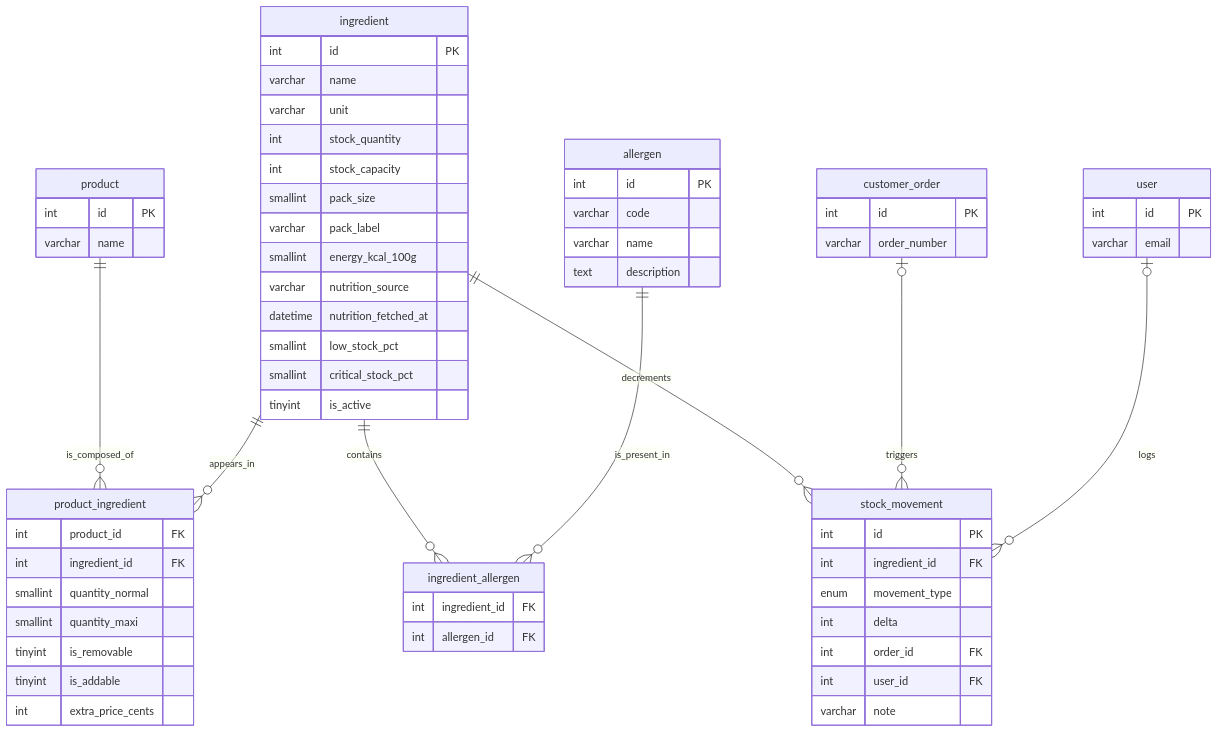
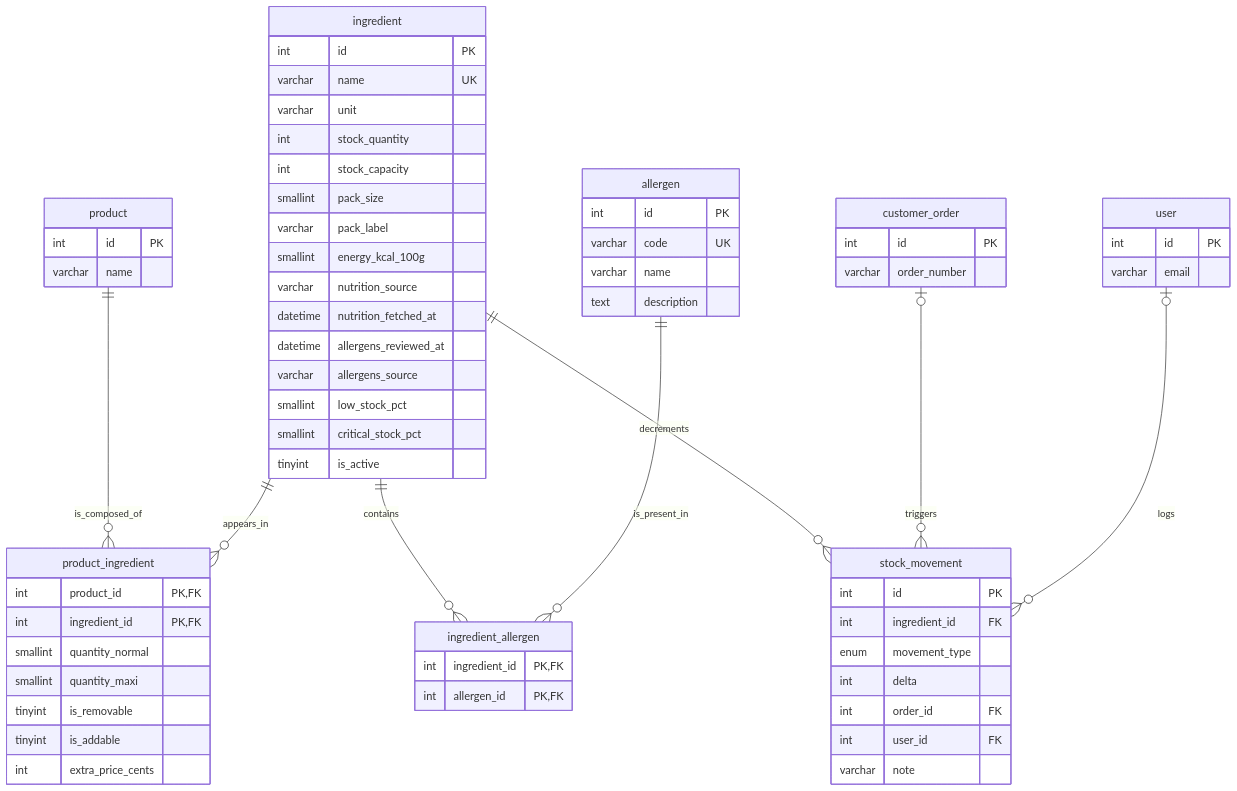
Before and after one commit to AcadeNice/wakdo_corentin: the second of 4 diagrams in docs/merise/mcd.md, drawn with Mermaid. The commit also changed other lines of this file and 30 other files, not shown here.

````diff
--- a/docs/merise/mcd.md
+++ b/docs/merise/mcd.md
@@ -186,66 +187,68 @@
 ```mermaid
 erDiagram
     product {
         int id PK
         varchar name
     }
     ingredient {
         int id PK
-        varchar name
+        varchar name UK
         varchar unit
         int stock_quantity
         int stock_capacity
         smallint pack_size
         varchar pack_label
         smallint energy_kcal_100g
         varchar nutrition_source
         datetime nutrition_fetched_at
+        datetime allergens_reviewed_at
+        varchar allergens_source
         smallint low_stock_pct
         smallint critical_stock_pct
         tinyint is_active
     }
     product_ingredient {
-        int product_id FK
-        int ingredient_id FK
+        int product_id PK,FK
+        int ingredient_id PK,FK
         smallint quantity_normal
         smallint quantity_maxi
         tinyint is_removable
         tinyint is_addable
         int extra_price_cents
     }
     allergen {
         int id PK
-        varchar code
+        varchar code UK
         varchar name
         text description
     }
     ingredient_allergen {
-        int ingredient_id FK
-        int allergen_id FK
+        int ingredient_id PK,FK
+        int allergen_id PK,FK
     }
     customer_order {
         int id PK
         varchar order_number
     }
     user {
         int id PK
         varchar email
     }
     stock_movement {
         int id PK
         int ingredient_id FK
         enum movement_type
         int delta
         int order_id FK
         int user_id FK
         varchar note
     }
 
     product ||--o{ product_ingredient : "is_composed_of"
     ingredient ||--o{ product_ingredient : "appears_in"
     ingredient ||--o{ ingredient_allergen : "contains"
     allergen ||--o{ ingredient_allergen : "is_present_in"
     ingredient ||--o{ stock_movement : "decrements"
     customer_order |o--o{ stock_movement : "triggers"
     user |o--o{ stock_movement : "logs"
 ```
````
